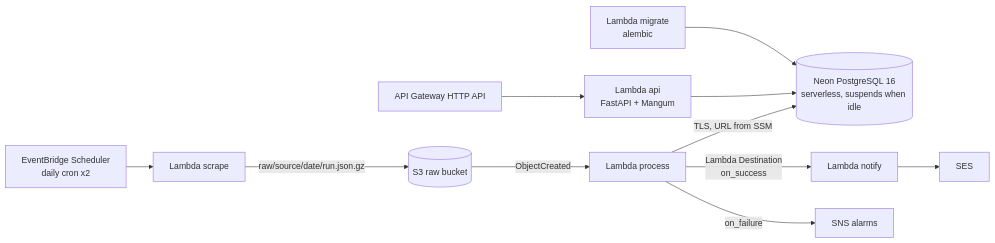
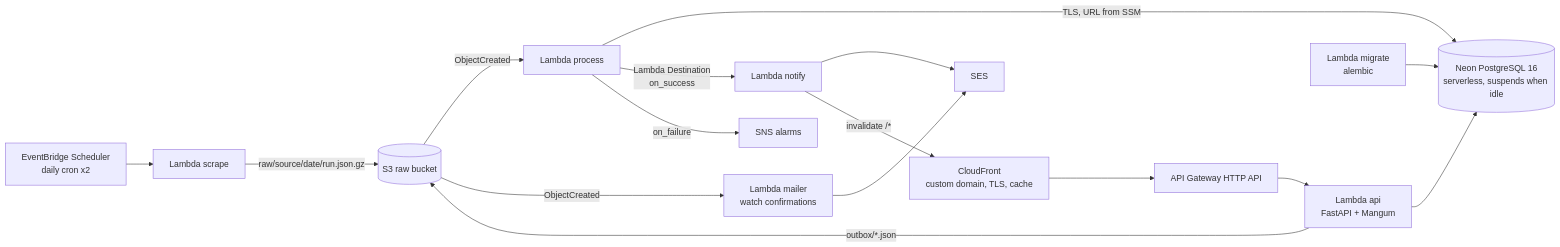
One commit to HoangMNguyen/pricepulse changed the diagram in README.md. Above: the diagram before and after it, drawn with Mermaid. The commit also changed other lines of this file and 13 other files, not shown here.

First line of the commit message:
infra: CloudFront + optional domain, mailer Lambda, cache invalidation, missing-run alarms, dependabot

````diff
--- a/README.md
+++ b/README.md
@@ -12,13 +13,16 @@
 ```mermaid
 flowchart LR
   EB[EventBridge Scheduler<br/>daily cron x2] --> SCR[Lambda scrape]
   SCR -->|raw/source/date/run.json.gz| S3[(S3 raw bucket)]
   S3 -->|ObjectCreated| PROC[Lambda process]
   PROC -->|TLS, URL from SSM| DB[(Neon PostgreSQL 16<br/>serverless, suspends when idle)]
   PROC -->|Lambda Destination<br/>on_success| NOTI[Lambda notify]
   NOTI --> SES[SES]
   PROC -->|on_failure| SNS[SNS alarms]
-  APIGW[API Gateway HTTP API] --> API[Lambda api<br/>FastAPI + Mangum]
+  CF[CloudFront<br/>custom domain, TLS, cache] --> APIGW[API Gateway HTTP API] --> API[Lambda api<br/>FastAPI + Mangum]
   API --> DB
+  API -->|outbox/*.json| S3
+  S3 -->|ObjectCreated| MAIL[Lambda mailer<br/>watch confirmations] --> SES
+  NOTI -->|invalidate /*| CF
   MIG[Lambda migrate<br/>alembic] --> DB
 ```
````
